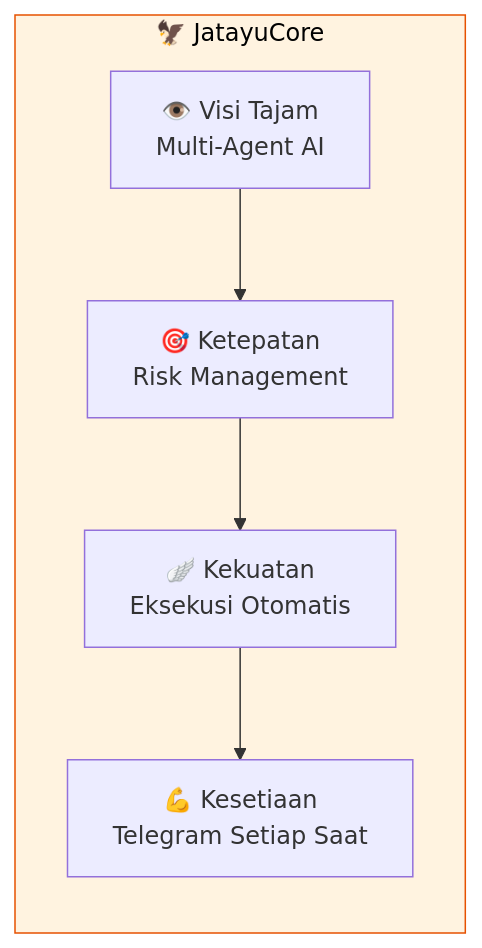
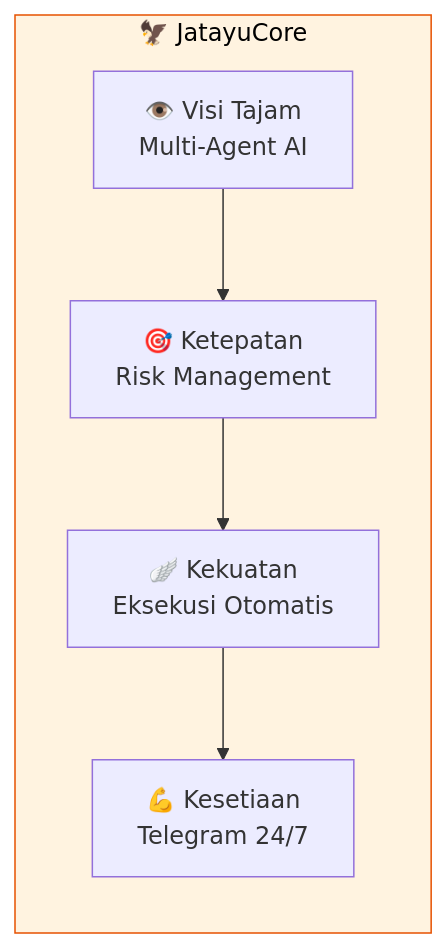
One commit to komelImoet/JatayuCore changed the first of 2 diagrams in docs/index.md. Above: the diagram before and after it, drawn with Mermaid. The commit also changed other lines of this file and 11 other files, not shown here.

````diff
--- a/docs/index.md
+++ b/docs/index.md
@@ -5,11 +9,10 @@
 ```mermaid
 flowchart TB
     subgraph Jatayu["🦅 JatayuCore"]
         direction TB
         V[👁️ Visi Tajam<br/>Multi-Agent AI] --> P[🎯 Ketepatan<br/>Risk Management]
         P --> K[🪽 Kekuatan<br/>Eksekusi Otomatis]
-        K --> S[💪 Kesetiaan<br/>Telegram Setiap Saat]
+        K --> S[💪 Kesetiaan<br/>Telegram 24/7]
     end
-    
     style Jatayu fill:#fff3e0,stroke:#e65100,color:#000
 ```
````
